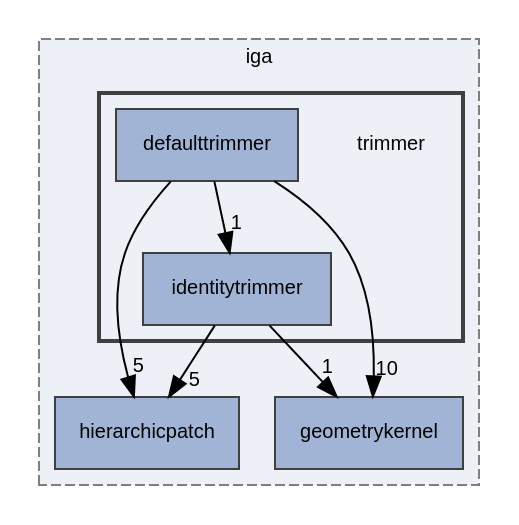
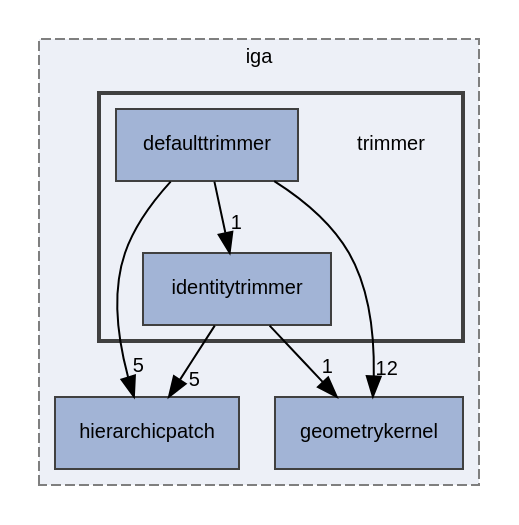
The diagram in dir_7d0c370ab440c4b4f78419bfc8c93eb8_dep.dot (rath3t/dune-iga-doc), drawn with Graphviz before and after one commit. The commit also changed 66 other files, not shown here.

```diff
--- a/dir_7d0c370ab440c4b4f78419bfc8c93eb8_dep.dot
+++ b/dir_7d0c370ab440c4b4f78419bfc8c93eb8_dep.dot
@@ -1,23 +1,23 @@
 digraph "trimmer"
 {
  // LATEX_PDF_SIZE
   edge [fontname="Helvetica",fontsize="10",labelfontname="Helvetica",labelfontsize="10"];
   node [fontname="Helvetica",fontsize="10",shape=record];
   compound=true
   subgraph clusterdir_d2a3c23294a1b1015b1b8e8721ddded8 {
     graph [ bgcolor="#edf0f7", pencolor="grey50", style="filled,dashed,", label="iga", fontname="Helvetica", fontsize="10", URL="dir_d2a3c23294a1b1015b1b8e8721ddded8.html"]
   dir_12fc9e68aad46ae2d80ba50ef1c96d76 [shape=box, label="hierarchicpatch", style="filled,", fillcolor="#a2b4d6", color="grey25", URL="dir_12fc9e68aad46ae2d80ba50ef1c96d76.html"];
   dir_98571e7345f7327fea7723ec1a12d870 [shape=box, label="geometrykernel", style="filled,", fillcolor="#a2b4d6", color="grey25", URL="dir_98571e7345f7327fea7723ec1a12d870.html"];
   subgraph clusterdir_7d0c370ab440c4b4f78419bfc8c93eb8 {
     graph [ bgcolor="#edf0f7", pencolor="grey25", style="filled,bold,", label="", fontname="Helvetica", fontsize="10", URL="dir_7d0c370ab440c4b4f78419bfc8c93eb8.html"]
     dir_7d0c370ab440c4b4f78419bfc8c93eb8 [shape=plaintext, label="trimmer"];
   dir_265321845ed2650d675b22a94b62262d [shape=box, label="defaulttrimmer", style="filled,", fillcolor="#a2b4d6", color="grey25", URL="dir_265321845ed2650d675b22a94b62262d.html"];
   dir_aa3557bd66a6784b3b9e663253e8d0ba [shape=box, label="identitytrimmer", style="filled,", fillcolor="#a2b4d6", color="grey25", URL="dir_aa3557bd66a6784b3b9e663253e8d0ba.html"];
   }
   }
   dir_265321845ed2650d675b22a94b62262d->dir_12fc9e68aad46ae2d80ba50ef1c96d76 [headlabel="5", labeldistance=1.5 headhref="dir_000001_000007.html"];
-  dir_265321845ed2650d675b22a94b62262d->dir_98571e7345f7327fea7723ec1a12d870 [headlabel="10", labeldistance=1.5 headhref="dir_000001_000006.html"];
+  dir_265321845ed2650d675b22a94b62262d->dir_98571e7345f7327fea7723ec1a12d870 [headlabel="12", labeldistance=1.5 headhref="dir_000001_000006.html"];
   dir_265321845ed2650d675b22a94b62262d->dir_aa3557bd66a6784b3b9e663253e8d0ba [headlabel="1", labeldistance=1.5 headhref="dir_000001_000009.html"];
   dir_aa3557bd66a6784b3b9e663253e8d0ba->dir_12fc9e68aad46ae2d80ba50ef1c96d76 [headlabel="5", labeldistance=1.5 headhref="dir_000009_000007.html"];
   dir_aa3557bd66a6784b3b9e663253e8d0ba->dir_98571e7345f7327fea7723ec1a12d870 [headlabel="1", labeldistance=1.5 headhref="dir_000009_000006.html"];
 }
```
